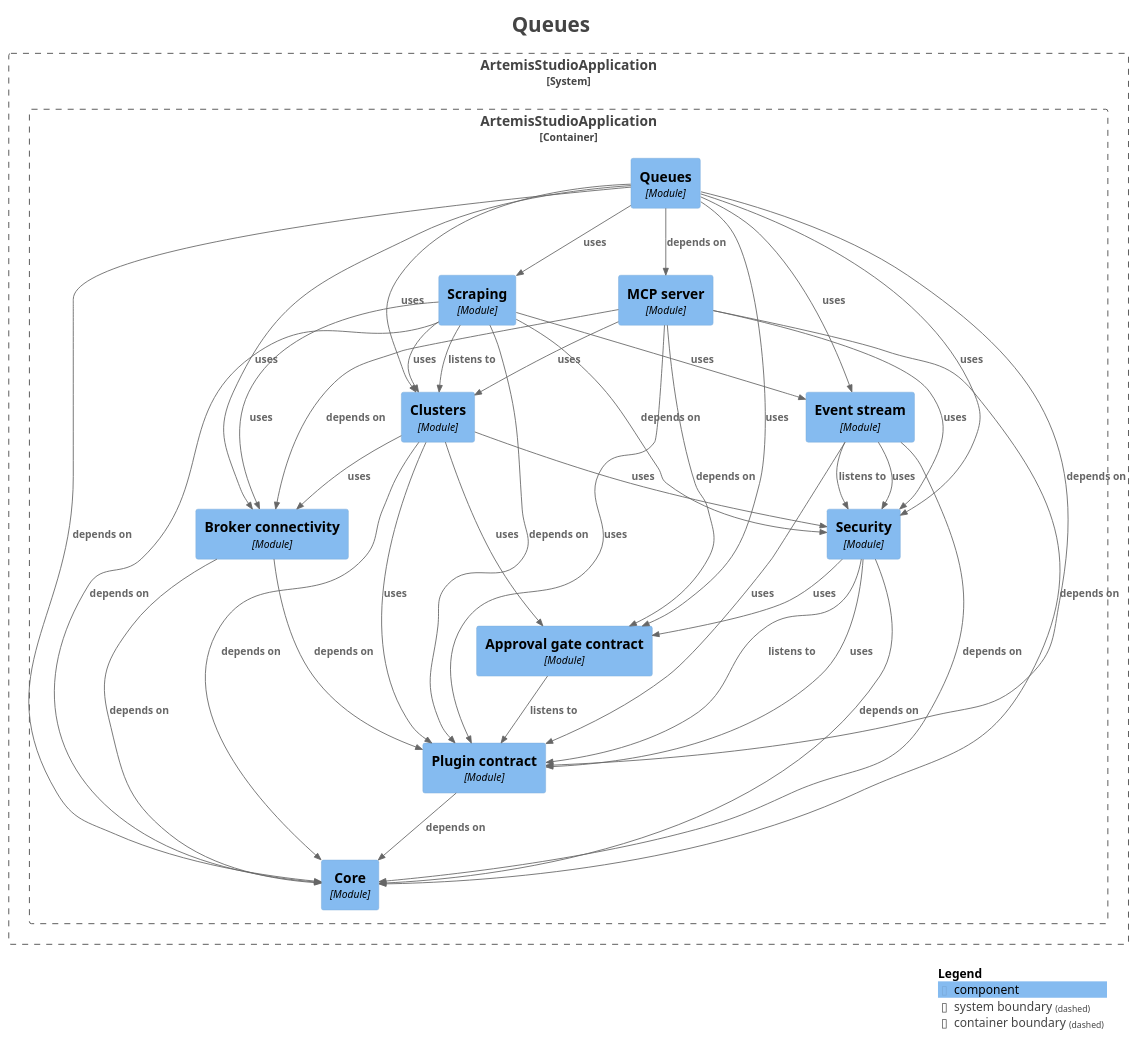
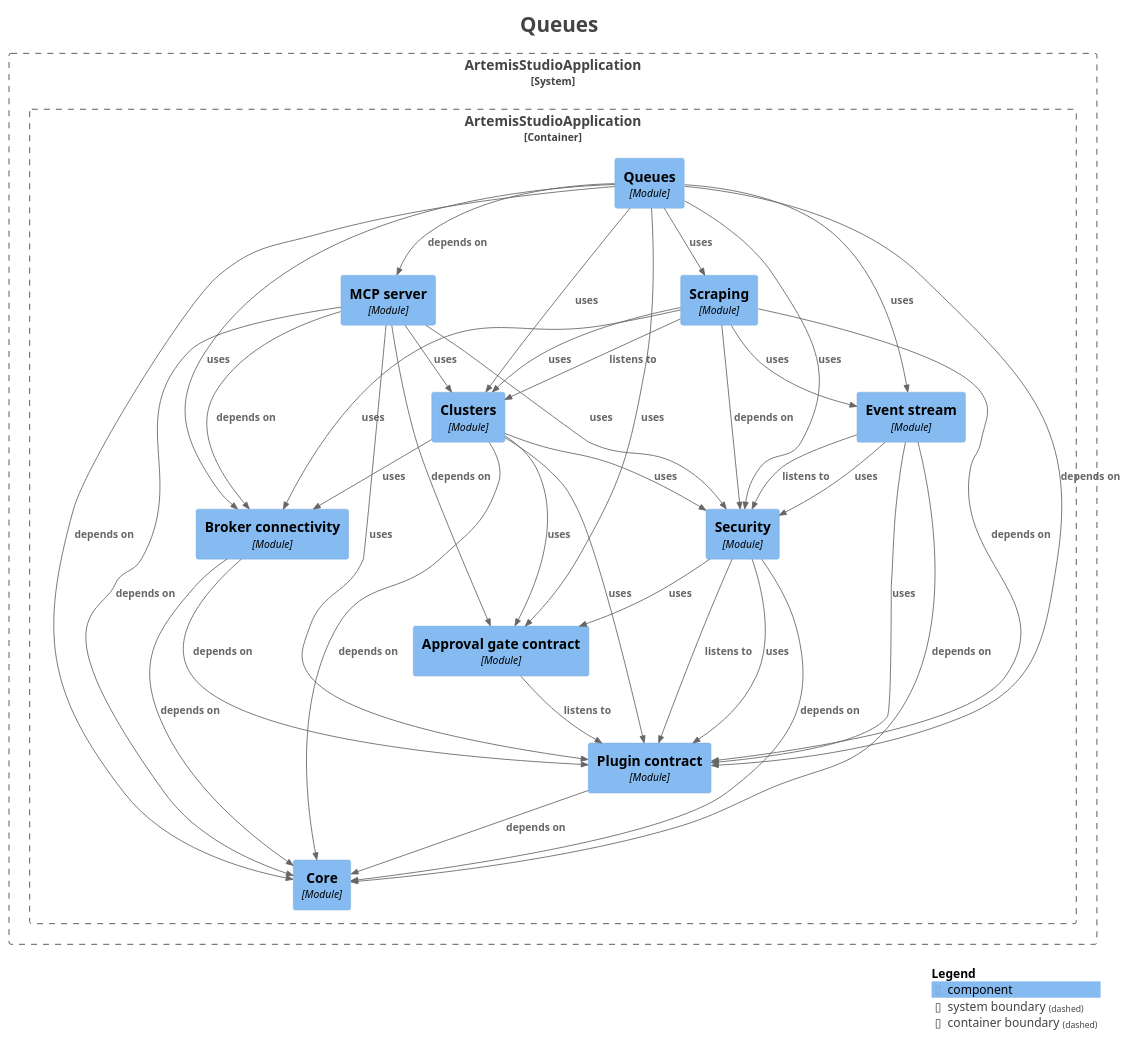
The diagram in docs/modules/module-feature.queues.puml (sudoitir/artemis-studio), drawn with PlantUML before and after one commit. The commit also changed 45 other files, not shown here.

```diff
--- a/docs/modules/module-feature.queues.puml
+++ b/docs/modules/module-feature.queues.puml
@@ -1,76 +1,75 @@
 @startuml
 title <size:24>Queues</size>
 
 set separator none
 top to bottom direction
 
 <style>
   root {
     BackgroundColor: #ffffff
     FontColor: #444444
   }
 </style>
 
 !include <C4/C4>
 !include <C4/C4_Context>
 !include <C4/C4_Component>
 
 System_Boundary("ArtemisStudioApplication_boundary", "ArtemisStudioApplication", $tags="") {
   Container_Boundary("ArtemisStudioApplication.ArtemisStudioApplication_boundary", "ArtemisStudioApplication", $tags="") {
     Component(ArtemisStudioApplication.ArtemisStudioApplication.Approvalgatecontract, "Approval gate contract", $techn="Module", $descr="", $tags="", $link="")
     Component(ArtemisStudioApplication.ArtemisStudioApplication.Brokerconnectivity, "Broker connectivity", $techn="Module", $descr="", $tags="", $link="")
     Component(ArtemisStudioApplication.ArtemisStudioApplication.Clusters, "Clusters", $techn="Module", $descr="", $tags="", $link="")
     Component(ArtemisStudioApplication.ArtemisStudioApplication.Core, "Core", $techn="Module", $descr="", $tags="", $link="")
     Component(ArtemisStudioApplication.ArtemisStudioApplication.Eventstream, "Event stream", $techn="Module", $descr="", $tags="", $link="")
     Component(ArtemisStudioApplication.ArtemisStudioApplication.MCPserver, "MCP server", $techn="Module", $descr="", $tags="", $link="")
     Component(ArtemisStudioApplication.ArtemisStudioApplication.Plugincontract, "Plugin contract", $techn="Module", $descr="", $tags="", $link="")
     Component(ArtemisStudioApplication.ArtemisStudioApplication.Queues, "Queues", $techn="Module", $descr="", $tags="", $link="")
     Component(ArtemisStudioApplication.ArtemisStudioApplication.Scraping, "Scraping", $techn="Module", $descr="", $tags="", $link="")
     Component(ArtemisStudioApplication.ArtemisStudioApplication.Security, "Security", $techn="Module", $descr="", $tags="", $link="")
   }
 
 }
 
 Rel(ArtemisStudioApplication.ArtemisStudioApplication.Approvalgatecontract, ArtemisStudioApplication.ArtemisStudioApplication.Plugincontract, "listens to", $techn="", $tags="", $link="")
 Rel(ArtemisStudioApplication.ArtemisStudioApplication.Brokerconnectivity, ArtemisStudioApplication.ArtemisStudioApplication.Core, "depends on", $techn="", $tags="", $link="")
 Rel(ArtemisStudioApplication.ArtemisStudioApplication.Brokerconnectivity, ArtemisStudioApplication.ArtemisStudioApplication.Plugincontract, "depends on", $techn="", $tags="", $link="")
 Rel(ArtemisStudioApplication.ArtemisStudioApplication.Clusters, ArtemisStudioApplication.ArtemisStudioApplication.Approvalgatecontract, "uses", $techn="", $tags="", $link="")
 Rel(ArtemisStudioApplication.ArtemisStudioApplication.Clusters, ArtemisStudioApplication.ArtemisStudioApplication.Brokerconnectivity, "uses", $techn="", $tags="", $link="")
 Rel(ArtemisStudioApplication.ArtemisStudioApplication.Clusters, ArtemisStudioApplication.ArtemisStudioApplication.Core, "depends on", $techn="", $tags="", $link="")
 Rel(ArtemisStudioApplication.ArtemisStudioApplication.Clusters, ArtemisStudioApplication.ArtemisStudioApplication.Plugincontract, "uses", $techn="", $tags="", $link="")
 Rel(ArtemisStudioApplication.ArtemisStudioApplication.Clusters, ArtemisStudioApplication.ArtemisStudioApplication.Security, "uses", $techn="", $tags="", $link="")
 Rel(ArtemisStudioApplication.ArtemisStudioApplication.Eventstream, ArtemisStudioApplication.ArtemisStudioApplication.Core, "depends on", $techn="", $tags="", $link="")
 Rel(ArtemisStudioApplication.ArtemisStudioApplication.Eventstream, ArtemisStudioApplication.ArtemisStudioApplication.Plugincontract, "uses", $techn="", $tags="", $link="")
 Rel(ArtemisStudioApplication.ArtemisStudioApplication.Eventstream, ArtemisStudioApplication.ArtemisStudioApplication.Security, "listens to", $techn="", $tags="", $link="")
 Rel(ArtemisStudioApplication.ArtemisStudioApplication.Eventstream, ArtemisStudioApplication.ArtemisStudioApplication.Security, "uses", $techn="", $tags="", $link="")
 Rel(ArtemisStudioApplication.ArtemisStudioApplication.MCPserver, ArtemisStudioApplication.ArtemisStudioApplication.Approvalgatecontract, "depends on", $techn="", $tags="", $link="")
 Rel(ArtemisStudioApplication.ArtemisStudioApplication.MCPserver, ArtemisStudioApplication.ArtemisStudioApplication.Brokerconnectivity, "depends on", $techn="", $tags="", $link="")
 Rel(ArtemisStudioApplication.ArtemisStudioApplication.MCPserver, ArtemisStudioApplication.ArtemisStudioApplication.Clusters, "uses", $techn="", $tags="", $link="")
 Rel(ArtemisStudioApplication.ArtemisStudioApplication.MCPserver, ArtemisStudioApplication.ArtemisStudioApplication.Core, "depends on", $techn="", $tags="", $link="")
 Rel(ArtemisStudioApplication.ArtemisStudioApplication.MCPserver, ArtemisStudioApplication.ArtemisStudioApplication.Plugincontract, "uses", $techn="", $tags="", $link="")
 Rel(ArtemisStudioApplication.ArtemisStudioApplication.MCPserver, ArtemisStudioApplication.ArtemisStudioApplication.Security, "uses", $techn="", $tags="", $link="")
 Rel(ArtemisStudioApplication.ArtemisStudioApplication.Plugincontract, ArtemisStudioApplication.ArtemisStudioApplication.Core, "depends on", $techn="", $tags="", $link="")
 Rel(ArtemisStudioApplication.ArtemisStudioApplication.Queues, ArtemisStudioApplication.ArtemisStudioApplication.Approvalgatecontract, "uses", $techn="", $tags="", $link="")
 Rel(ArtemisStudioApplication.ArtemisStudioApplication.Queues, ArtemisStudioApplication.ArtemisStudioApplication.Brokerconnectivity, "uses", $techn="", $tags="", $link="")
 Rel(ArtemisStudioApplication.ArtemisStudioApplication.Queues, ArtemisStudioApplication.ArtemisStudioApplication.Clusters, "uses", $techn="", $tags="", $link="")
 Rel(ArtemisStudioApplication.ArtemisStudioApplication.Queues, ArtemisStudioApplication.ArtemisStudioApplication.Core, "depends on", $techn="", $tags="", $link="")
 Rel(ArtemisStudioApplication.ArtemisStudioApplication.Queues, ArtemisStudioApplication.ArtemisStudioApplication.Eventstream, "uses", $techn="", $tags="", $link="")
 Rel(ArtemisStudioApplication.ArtemisStudioApplication.Queues, ArtemisStudioApplication.ArtemisStudioApplication.MCPserver, "depends on", $techn="", $tags="", $link="")
 Rel(ArtemisStudioApplication.ArtemisStudioApplication.Queues, ArtemisStudioApplication.ArtemisStudioApplication.Plugincontract, "depends on", $techn="", $tags="", $link="")
 Rel(ArtemisStudioApplication.ArtemisStudioApplication.Queues, ArtemisStudioApplication.ArtemisStudioApplication.Scraping, "uses", $techn="", $tags="", $link="")
 Rel(ArtemisStudioApplication.ArtemisStudioApplication.Queues, ArtemisStudioApplication.ArtemisStudioApplication.Security, "uses", $techn="", $tags="", $link="")
 Rel(ArtemisStudioApplication.ArtemisStudioApplication.Scraping, ArtemisStudioApplication.ArtemisStudioApplication.Brokerconnectivity, "uses", $techn="", $tags="", $link="")
 Rel(ArtemisStudioApplication.ArtemisStudioApplication.Scraping, ArtemisStudioApplication.ArtemisStudioApplication.Clusters, "listens to", $techn="", $tags="", $link="")
 Rel(ArtemisStudioApplication.ArtemisStudioApplication.Scraping, ArtemisStudioApplication.ArtemisStudioApplication.Clusters, "uses", $techn="", $tags="", $link="")
-Rel(ArtemisStudioApplication.ArtemisStudioApplication.Scraping, ArtemisStudioApplication.ArtemisStudioApplication.Core, "depends on", $techn="", $tags="", $link="")
 Rel(ArtemisStudioApplication.ArtemisStudioApplication.Scraping, ArtemisStudioApplication.ArtemisStudioApplication.Eventstream, "uses", $techn="", $tags="", $link="")
 Rel(ArtemisStudioApplication.ArtemisStudioApplication.Scraping, ArtemisStudioApplication.ArtemisStudioApplication.Plugincontract, "depends on", $techn="", $tags="", $link="")
 Rel(ArtemisStudioApplication.ArtemisStudioApplication.Scraping, ArtemisStudioApplication.ArtemisStudioApplication.Security, "depends on", $techn="", $tags="", $link="")
 Rel(ArtemisStudioApplication.ArtemisStudioApplication.Security, ArtemisStudioApplication.ArtemisStudioApplication.Approvalgatecontract, "uses", $techn="", $tags="", $link="")
 Rel(ArtemisStudioApplication.ArtemisStudioApplication.Security, ArtemisStudioApplication.ArtemisStudioApplication.Core, "depends on", $techn="", $tags="", $link="")
 Rel(ArtemisStudioApplication.ArtemisStudioApplication.Security, ArtemisStudioApplication.ArtemisStudioApplication.Plugincontract, "listens to", $techn="", $tags="", $link="")
 Rel(ArtemisStudioApplication.ArtemisStudioApplication.Security, ArtemisStudioApplication.ArtemisStudioApplication.Plugincontract, "uses", $techn="", $tags="", $link="")
 
 SHOW_LEGEND(true)
 hide stereotypes
 @enduml
```
